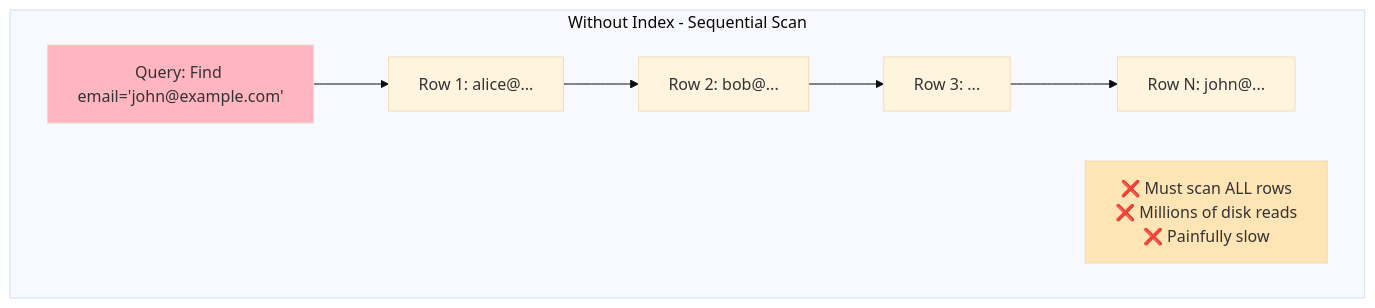
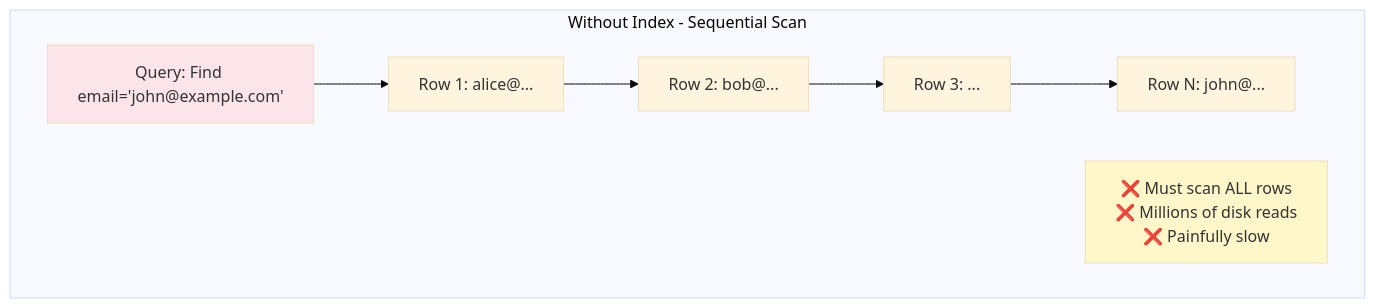
The first of 34 diagrams in LLD/CoreConcepts/DataIndexing.md (cartmancodes/InterviewVault), drawn with Mermaid (base theme) before and after one commit. The commit also changed other lines of this file and 679 other files, not shown here.

Commit message:
Unify content diagrams and add accessible visual walkthroughs

````diff
--- a/LLD/CoreConcepts/DataIndexing.md
+++ b/LLD/CoreConcepts/DataIndexing.md
@@ -20,20 +20,20 @@
 ```mermaid
 graph TB
     subgraph "Without Index - Sequential Scan"
         Q1[Query: Find email='john@example.com']
         R1[Row 1: alice@...]
         R2[Row 2: bob@...]
         R3[Row 3: ...]
         RN[Row N: john@...]
         
         Q1 --> R1
         R1 --> R2
         R2 --> R3
         R3 --> RN
         
         NOTE1[❌ Must scan ALL rows<br/>❌ Millions of disk reads<br/>❌ Painfully slow]
     end
     
-    style Q1 fill:#FFB6C1
-    style NOTE1 fill:#FFE4B5
+    style Q1 fill:#FCE5EA
+    style NOTE1 fill:#FFF6C9
 ```
````
